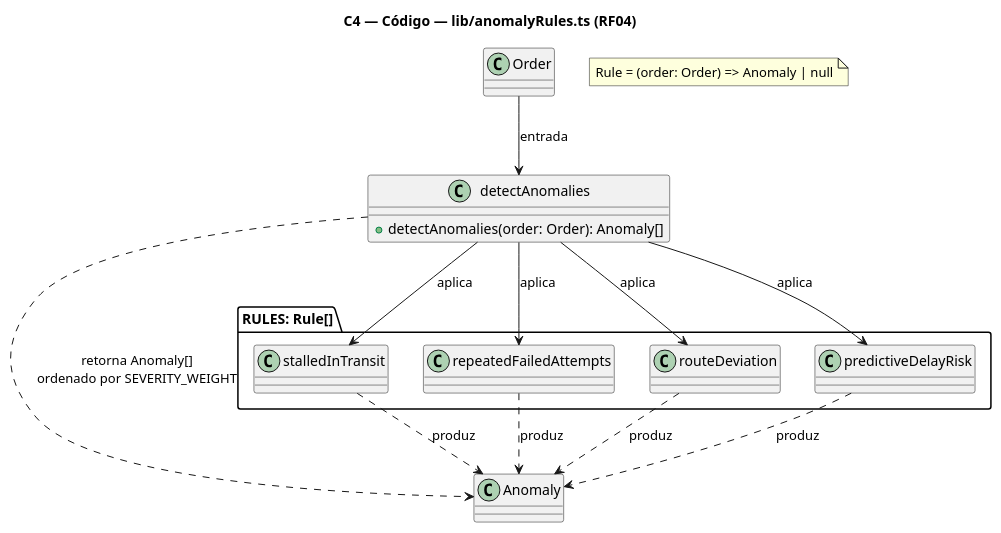
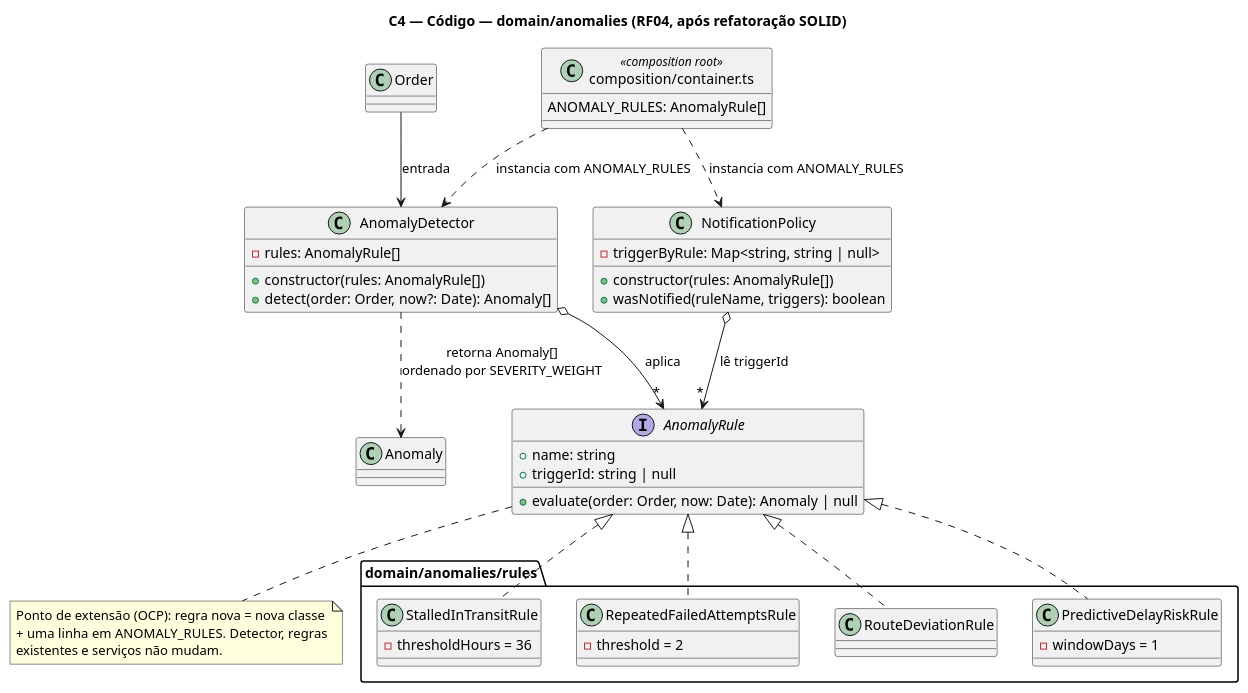
One commit to Mateushartelt/unirastro changed the fifth of 5 diagrams in README.md. Above: the diagram before and after it, drawn with PlantUML. The commit also changed other lines of this file and 64 other files, not shown here.

First line of the commit message:
Refatora frontend segundo SOLID e alinha diagramas C4

````diff
--- a/README.md
+++ b/README.md
@@ -298,32 +354,61 @@
 ```plantuml
-@startuml C4-Codigo-anomalyRules
-title C4 — Código — lib/anomalyRules.ts (RF04)
+@startuml C4-Codigo-anomalias
+title C4 — Código — domain/anomalies (RF04, após refatoração SOLID)
 
 class Order
 class Anomaly
 
-note "Rule = (order: Order) => Anomaly | null" as RuleType
-
-package "RULES: Rule[]" {
-  class stalledInTransit
-  class repeatedFailedAttempts
-  class routeDeviation
-  class predictiveDelayRisk
+interface AnomalyRule {
+  +name: string
+  +triggerId: string | null
+  +evaluate(order: Order, now: Date): Anomaly | null
 }
 
-class detectAnomalies {
-  +detectAnomalies(order: Order): Anomaly[]
+package "domain/anomalies/rules" {
+  class StalledInTransitRule {
+    -thresholdHours = 36
+  }
+  class RepeatedFailedAttemptsRule {
+    -threshold = 2
+  }
+  class RouteDeviationRule
+  class PredictiveDelayRiskRule {
+    -windowDays = 1
+  }
 }
 
-Order --> detectAnomalies : entrada
-detectAnomalies --> stalledInTransit : aplica
-detectAnomalies --> repeatedFailedAttempts : aplica
-detectAnomalies --> routeDeviation : aplica
-detectAnomalies --> predictiveDelayRisk : aplica
-stalledInTransit ..> Anomaly : produz
-repeatedFailedAttempts ..> Anomaly : produz
-routeDeviation ..> Anomaly : produz
-predictiveDelayRisk ..> Anomaly : produz
-detectAnomalies ..> Anomaly : retorna Anomaly[]\nordenado por SEVERITY_WEIGHT
+class AnomalyDetector {
+  -rules: AnomalyRule[]
+  +constructor(rules: AnomalyRule[])
+  +detect(order: Order, now?: Date): Anomaly[]
+}
+
+class NotificationPolicy {
+  -triggerByRule: Map<string, string | null>
+  +constructor(rules: AnomalyRule[])
+  +wasNotified(ruleName, triggers): boolean
+}
+
+class "composition/container.ts" as Root <<composition root>> {
+  ANOMALY_RULES: AnomalyRule[]
+}
+
+AnomalyRule <|.. StalledInTransitRule
+AnomalyRule <|.. RepeatedFailedAttemptsRule
+AnomalyRule <|.. RouteDeviationRule
+AnomalyRule <|.. PredictiveDelayRiskRule
+
+AnomalyDetector o--> "*" AnomalyRule : aplica
+NotificationPolicy o--> "*" AnomalyRule : lê triggerId
+Order --> AnomalyDetector : entrada
+AnomalyDetector ..> Anomaly : retorna Anomaly[]\nordenado por SEVERITY_WEIGHT
+Root ..> AnomalyDetector : instancia com ANOMALY_RULES
+Root ..> NotificationPolicy : instancia com ANOMALY_RULES
+
+note bottom of AnomalyRule
+  Ponto de extensão (OCP): regra nova = nova classe
+  + uma linha em ANOMALY_RULES. Detector, regras
+  existentes e serviços não mudam.
+end note
 @enduml
 ```
````
